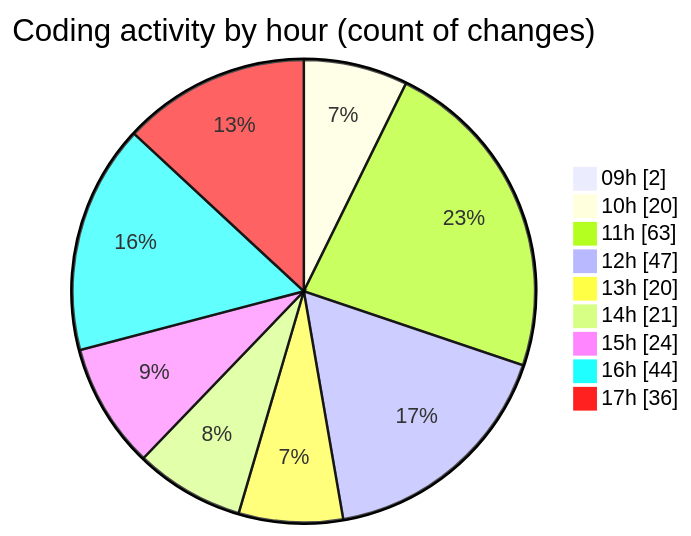
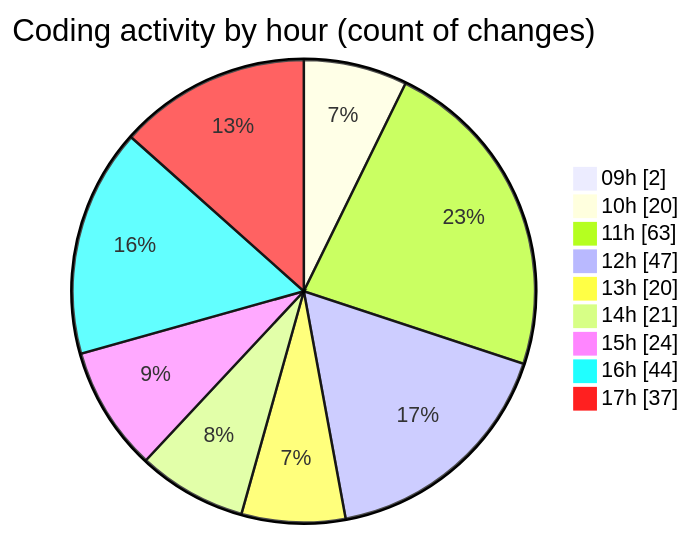
Before and after one commit to momahboobian/code-tracking: the second of 2 diagrams in 2025-04-08/cda/README.md, drawn with Mermaid. The commit also changed other lines of this file and 1 other file, not shown here.

````diff
--- a/2025-04-08/cda/README.md
+++ b/2025-04-08/cda/README.md
@@ -46,13 +46,13 @@
 ```mermaid
 pie showData
 title Coding activity by hour (count of changes)
 "09h" : 2
 "10h" : 20
 "11h" : 63
 "12h" : 47
 "13h" : 20
 "14h" : 21
 "15h" : 24
 "16h" : 44
-"17h" : 36
+"17h" : 37
 ```
````
